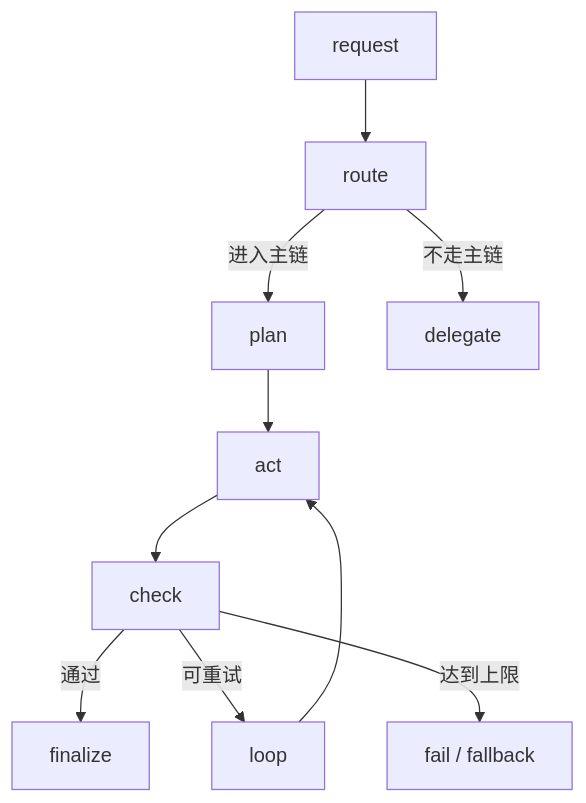
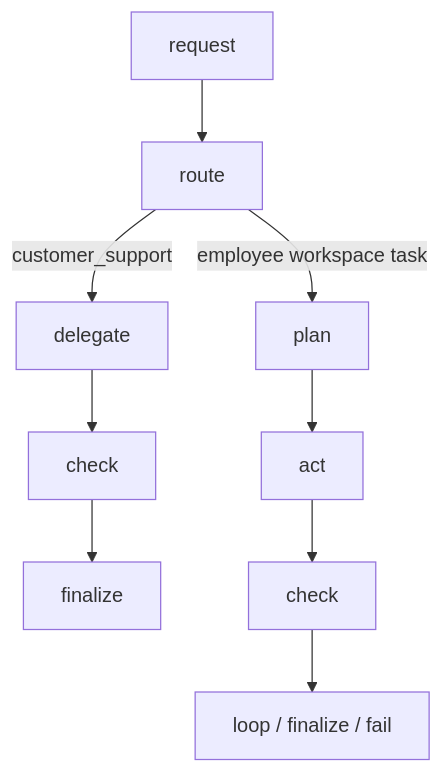
Before and after one commit to lr12338/hifleet-agent: the second of 7 diagrams in docs/AGENT_TECHNICAL_DOCUMENTATION.md, drawn with Mermaid. The commit also changed other lines of this file and 9 other files, not shown here.

````diff
--- a/docs/AGENT_TECHNICAL_DOCUMENTATION.md
+++ b/docs/AGENT_TECHNICAL_DOCUMENTATION.md
@@ -47,12 +47,11 @@
 ```mermaid
 flowchart TD
     Start[request] --> Route[route]
-    Route -->|进入主链| Plan[plan]
-    Route -->|不走主链| Delegate[delegate]
+    Route -->|customer_support| Delegate[delegate]
+    Delegate --> Check[check]
+    Check --> Finalize[finalize]
+    Route -->|employee workspace task| Plan[plan]
     Plan --> Act[act]
-    Act --> Check[check]
-    Check -->|通过| Finalize[finalize]
-    Check -->|可重试| Loop[loop]
-    Check -->|达到上限| Fail[fail / fallback]
-    Loop --> Act
+    Act --> Verify[check]
+    Verify --> LoopOrDone[loop / finalize / fail]
 ```
````
